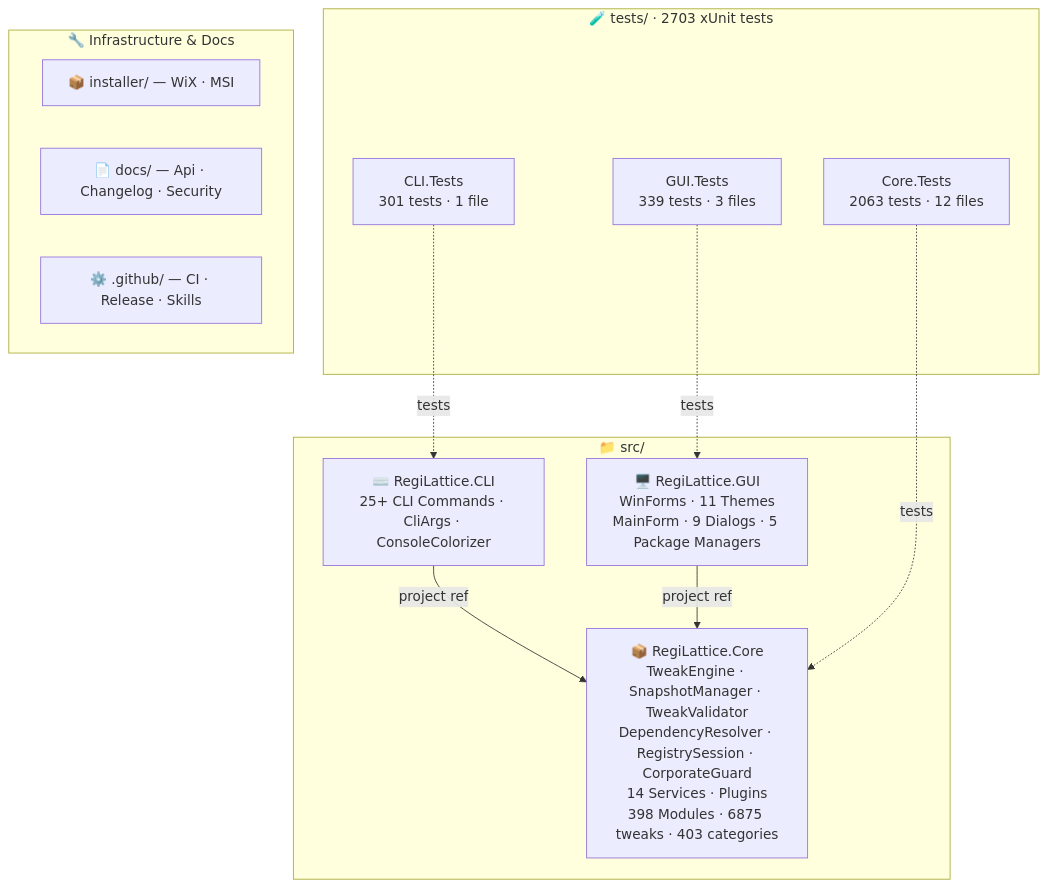
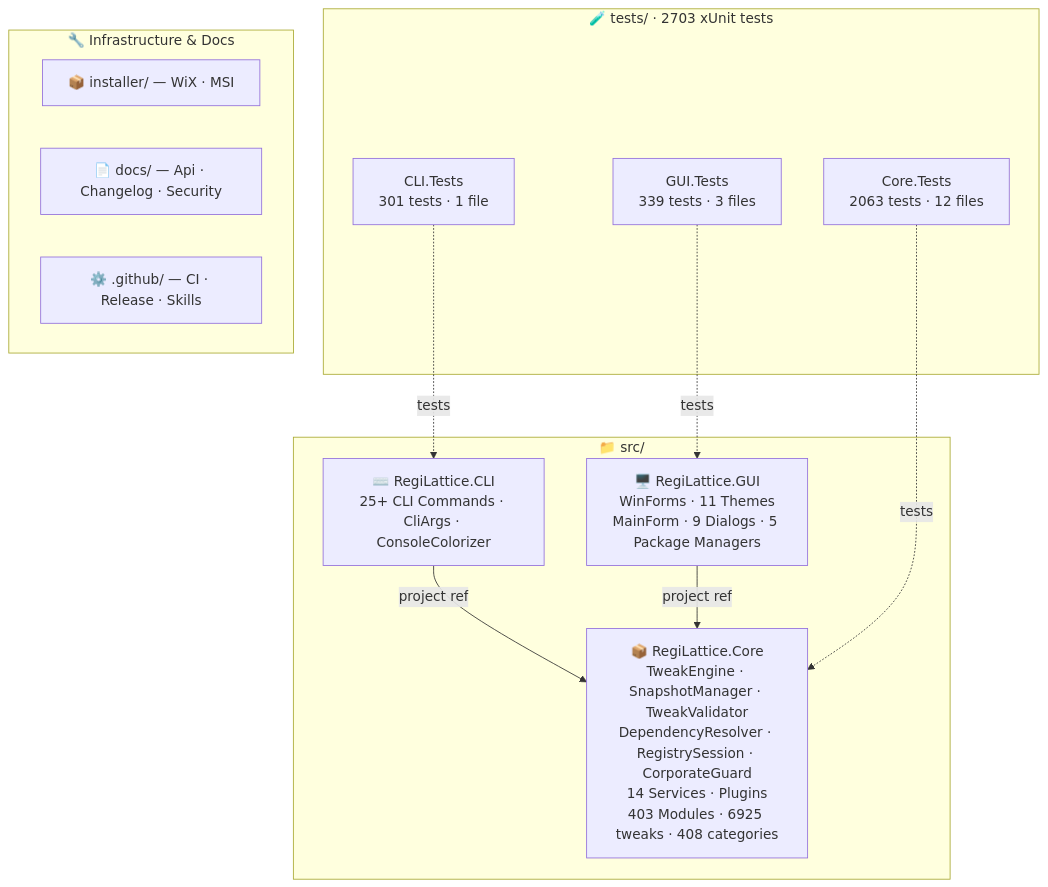
One commit to RajwanYair/RegiLattice changed the second of 2 diagrams in README.md. Above: the diagram before and after it, drawn with Mermaid. The commit also changed other lines of this file and 12 other files, not shown here.

````diff
--- a/README.md
+++ b/README.md
@@ -253,26 +253,26 @@
 ```mermaid
 graph TD
     subgraph SRC["📁 src/"]
-        CORE["📦 RegiLattice.Core<br/>TweakEngine · SnapshotManager · TweakValidator<br/>DependencyResolver · RegistrySession · CorporateGuard<br/>14 Services · Plugins<br/>398 Modules · 6875 tweaks · 403 categories"]
+        CORE["📦 RegiLattice.Core<br/>TweakEngine · SnapshotManager · TweakValidator<br/>DependencyResolver · RegistrySession · CorporateGuard<br/>14 Services · Plugins<br/>403 Modules · 6925 tweaks · 408 categories"]
         GUI["🖥️ RegiLattice.GUI<br/>WinForms · 11 Themes<br/>MainForm · 9 Dialogs · 5 Package Managers"]
         CLI["⌨️ RegiLattice.CLI<br/>25+ CLI Commands · CliArgs · ConsoleColorizer"]
     end
 
     subgraph TST["🧪 tests/  ·  2703 xUnit tests"]
         CT["Core.Tests<br/>2063 tests · 12 files"]
         CLT["CLI.Tests<br/>301 tests · 1 file"]
         GT["GUI.Tests<br/>339 tests · 3 files"]
     end
 
     subgraph INFRA["🔧 Infrastructure & Docs"]
         INST["📦 installer/ — WiX · MSI"]
         DOCS["📄 docs/ — Api · Changelog · Security"]
         GH["⚙️ .github/ — CI · Release · Skills"]
     end
 
     CLI -->|project ref| CORE
     GUI -->|project ref| CORE
     CT -.->|tests| CORE
     CLT -.->|tests| CLI
     GT -.->|tests| GUI
 ```
````
